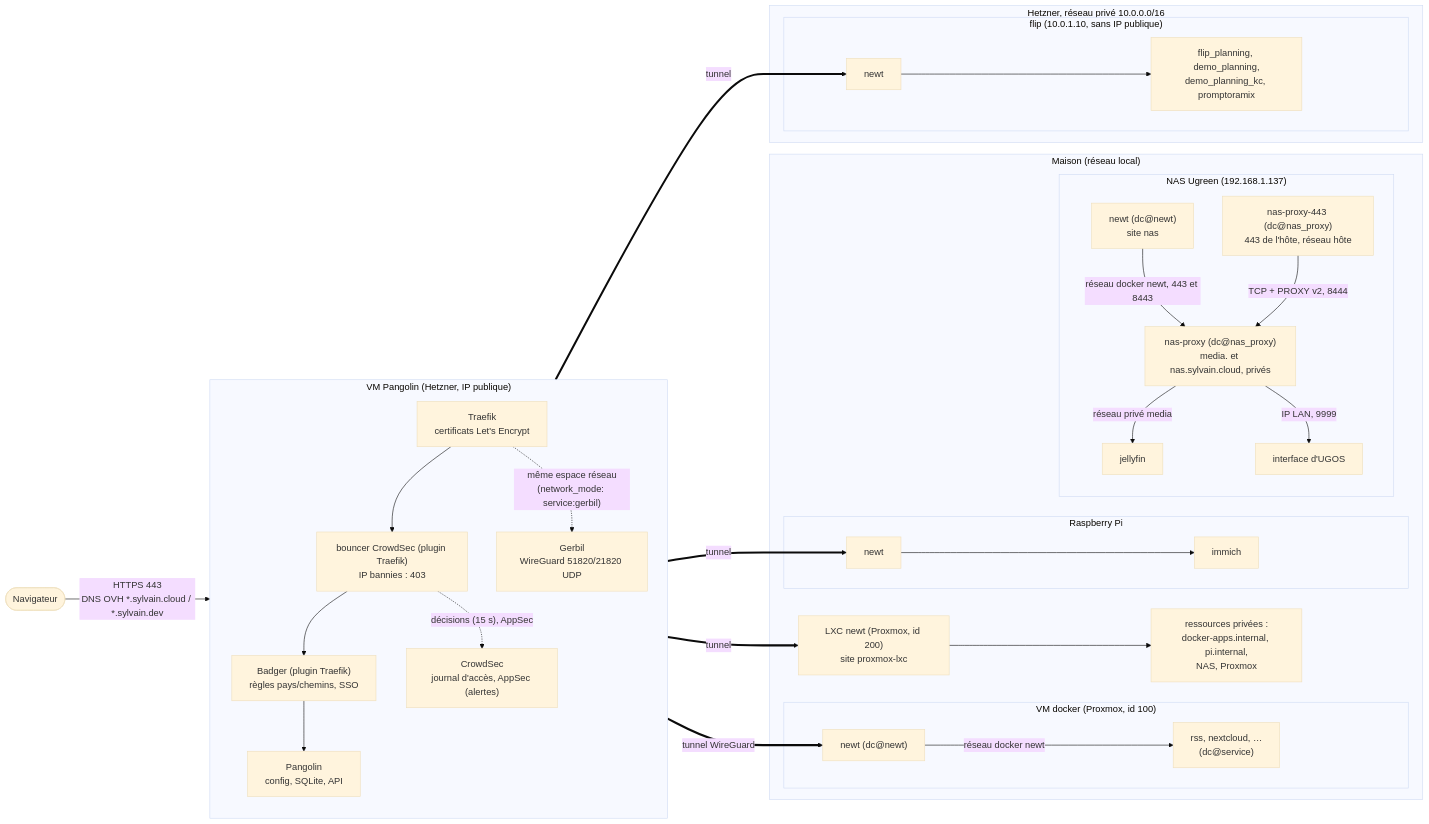
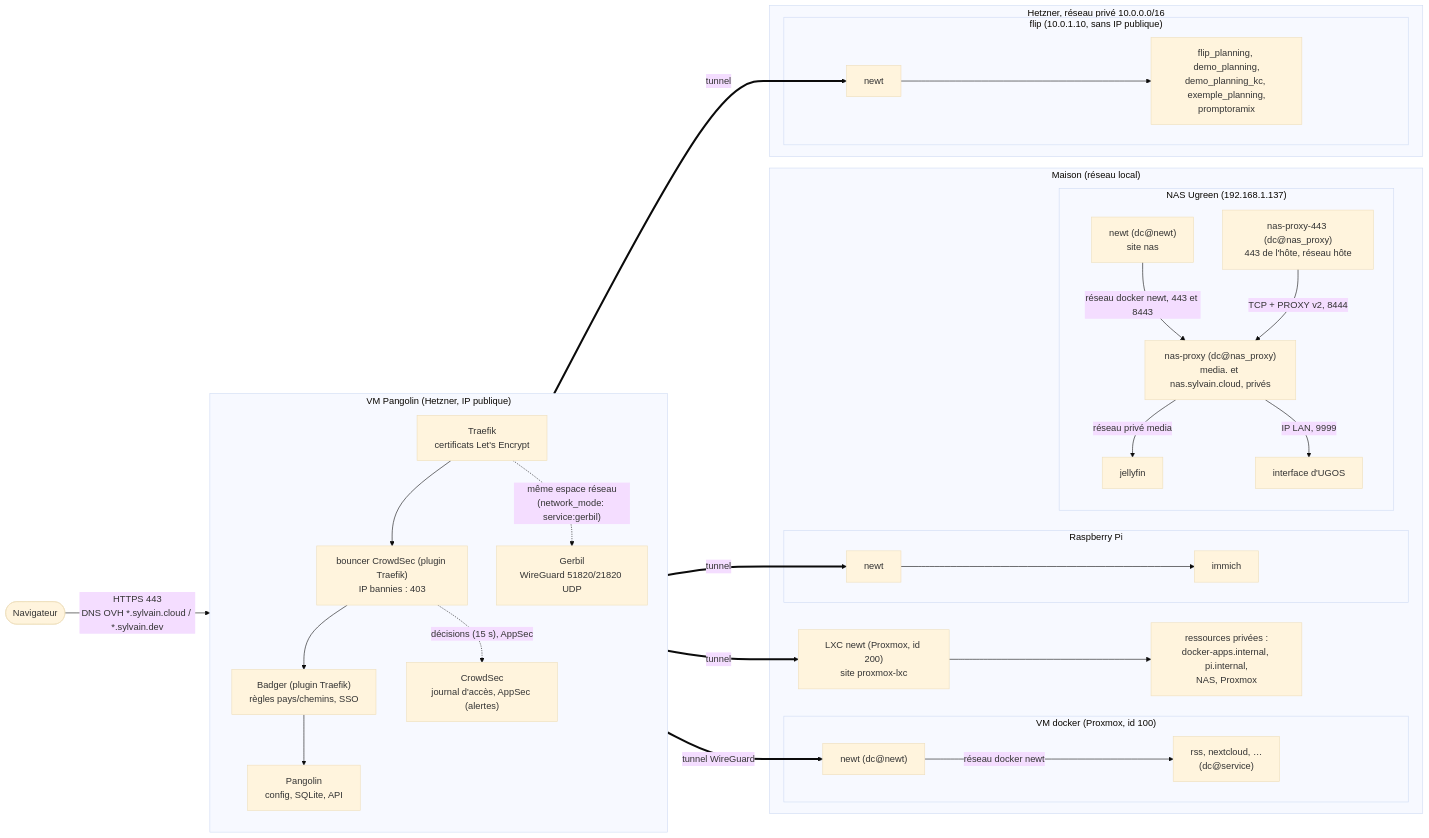
Before and after one commit to sylvainmetayer/homelab: the first of 4 diagrams in docs/architecture.md, drawn with Mermaid (base theme). The commit also changed 29 other files, not shown here.

````diff
--- a/docs/architecture.md
+++ b/docs/architecture.md
@@ -10,44 +10,44 @@
 ```mermaid
 flowchart LR
   user([Navigateur]) -- "HTTPS 443<br/>DNS OVH *.sylvain.cloud / *.sylvain.dev" --> traefik
 
   subgraph pangolin_vm["VM Pangolin (Hetzner, IP publique)"]
     direction TB
     traefik["Traefik<br/>certificats Let's Encrypt"]
     bouncer["bouncer CrowdSec (plugin Traefik)<br/>IP bannies : 403"]
     crowdsec["CrowdSec<br/>journal d'accès, AppSec (alertes)"]
     badger["Badger (plugin Traefik)<br/>règles pays/chemins, SSO"]
     pangolin_app["Pangolin<br/>config, SQLite, API"]
     gerbil["Gerbil<br/>WireGuard 51820/21820 UDP"]
     traefik --> bouncer --> badger --> pangolin_app
     bouncer -. "décisions (15 s), AppSec" .-> crowdsec
     traefik -. "même espace réseau<br/>(network_mode: service:gerbil)" .-> gerbil
   end
 
   gerbil == "tunnel WireGuard" ==> newt_docker
   gerbil == tunnel ==> newt_pi
   gerbil == tunnel ==> newt_flip
   gerbil == tunnel ==> newt_lxc
 
   subgraph home["Maison (réseau local)"]
     subgraph docker_vm["VM docker (Proxmox, id 100)"]
       newt_docker["newt (dc@newt)"] -- "réseau docker newt" --> app1["rss, nextcloud, …<br/>(dc@service)"]
     end
     subgraph pi["Raspberry Pi"]
       newt_pi[newt] --> immich[immich]
     end
     newt_lxc["LXC newt (Proxmox, id 200)<br/>site proxmox-lxc"] --> lan["ressources privées :<br/>docker-apps.internal, pi.internal,<br/>NAS, Proxmox"]
     subgraph nas["NAS Ugreen (192.168.1.137)"]
       newt_nas["newt (dc@newt)<br/>site nas"] -- "réseau docker newt, 443 et 8443" --> traefik_nas["nas-proxy (dc@nas_proxy)<br/>media. et nas.sylvain.cloud, privés"]
       relay_nas["nas-proxy-443 (dc@nas_proxy)<br/>443 de l'hôte, réseau hôte"] -- "TCP + PROXY v2, 8444" --> traefik_nas
       traefik_nas -- "réseau privé media" --> jellyfin[jellyfin]
       traefik_nas -- "IP LAN, 9999" --> ugos[interface d'UGOS]
     end
   end
 
   subgraph hetzner_priv["Hetzner, réseau privé 10.0.0.0/16"]
     subgraph flip["flip (10.0.1.10, sans IP publique)"]
-      newt_flip[newt] --> fp["flip_planning, demo_planning,<br/>demo_planning_kc, promptoramix"]
+      newt_flip[newt] --> fp["flip_planning, demo_planning,<br/>demo_planning_kc, exemple_planning,<br/>promptoramix"]
     end
   end
 ```
````
